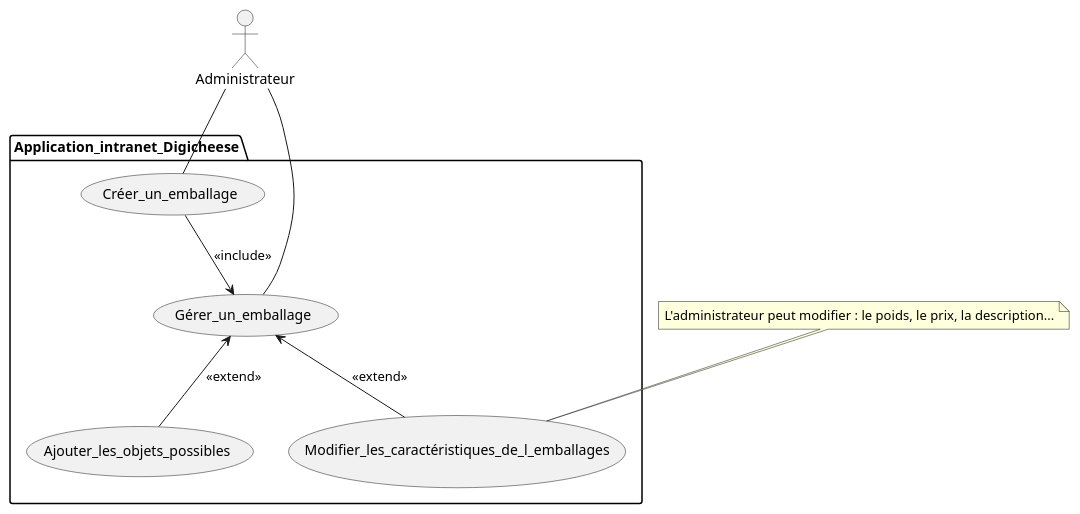
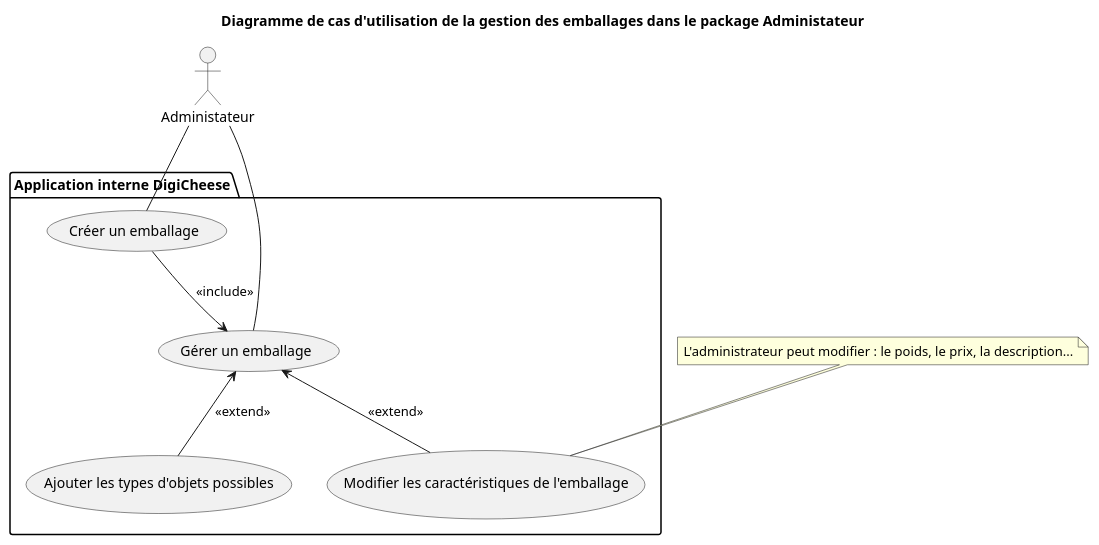
The diagram in Cas_d_utilisation/Cas_utilisation_gestion_administrative_emballage.puml (Bluwen/Conception_d_une_application_informatique), drawn with PlantUML before and after one commit. The commit also changed 6 other files, not shown here.

```diff
--- a/Cas_d_utilisation/Cas_utilisation_gestion_administrative_emballage.puml
+++ b/Cas_d_utilisation/Cas_utilisation_gestion_administrative_emballage.puml
@@ -1,26 +1,26 @@
 @startuml Gestion administrative d'un emballage
 
-actor Administrateur
+actor "Administateur" 
 
-package Application_intranet_Digicheese {
-    usecase Créer_un_emballage
-    usecase Gérer_un_emballage
+package "Application interne DigiCheese" {
+    usecase "Créer un emballage"
+    usecase "Gérer un emballage"
 
-    usecase Modifier_les_caractéristiques_de_l_emballages
+    usecase "Modifier les caractéristiques de l'emballage"
 
-    usecase Ajouter_les_objets_possibles
+    usecase "Ajouter les types d'objets possibles"
 }
 
-Administrateur -- Créer_un_emballage
-Administrateur -- Gérer_un_emballage
+"Administateur" -- "Créer un emballage"
+"Administateur" -- "Gérer un emballage"
 
-Créer_un_emballage --> Gérer_un_emballage : <<include>>
+"Créer un emballage" --> "Gérer un emballage" : <<include>>
 
-Gérer_un_emballage <-- Modifier_les_caractéristiques_de_l_emballages : <<extend>>
-Gérer_un_emballage <-- Ajouter_les_objets_possibles : <<extend>>
+"Gérer un emballage" <-- "Modifier les caractéristiques de l'emballage" : <<extend>>
+"Gérer un emballage" <-- "Ajouter les types d'objets possibles" : <<extend>>
 
 note "L'administrateur peut modifier : le poids, le prix, la description..." as N1
-N1 .. Modifier_les_caractéristiques_de_l_emballages
+N1 .. "Modifier les caractéristiques de l'emballage"
 
-
+title Diagramme de cas d'utilisation de la gestion des emballages dans le package Administateur
 @enduml
```
